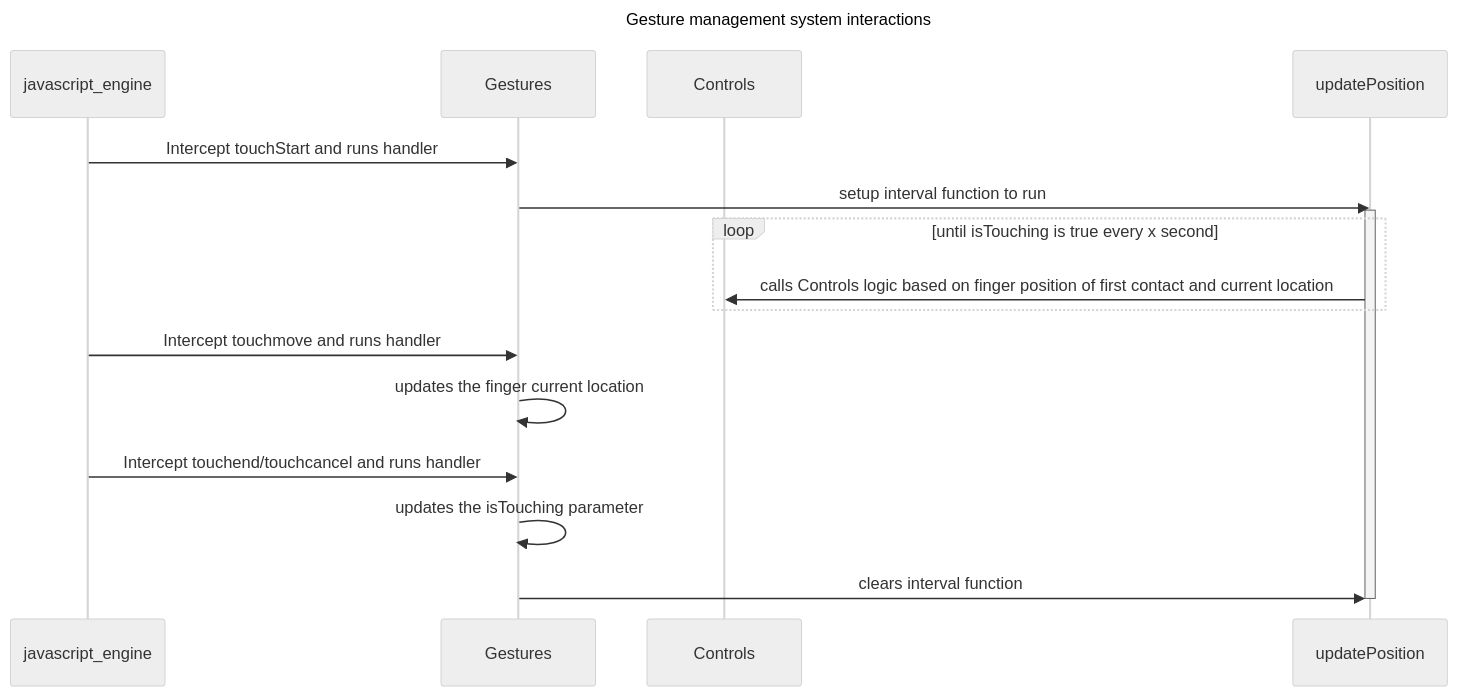
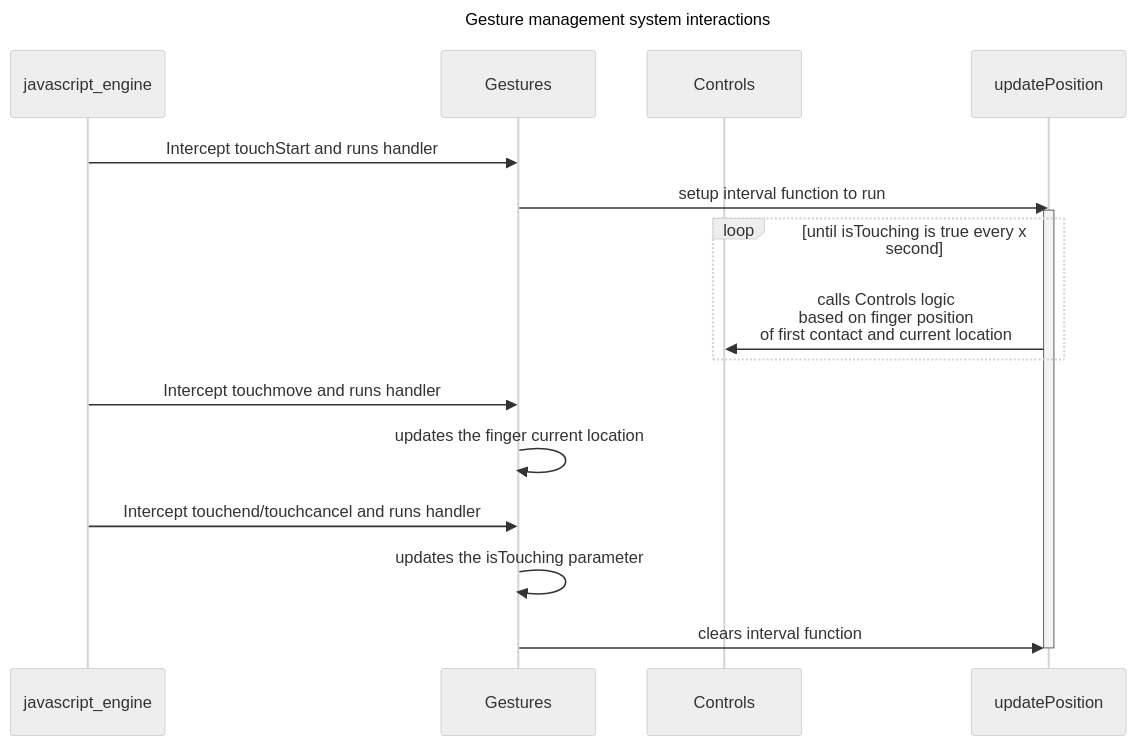
Before and after one commit to carnivuth/tatodrone: the second of 2 diagrams in report.md, drawn with Mermaid (neutral theme). The commit also changed other lines of this file, not shown here.

Commit message:
added line breaks in graph

````diff
--- a/report.md
+++ b/report.md
@@ -183,24 +183,24 @@
 ```mermaid
 ---
 title: Gesture management system interactions
 ---
 sequenceDiagram
 participant javascript_engine
 participant Gestures
 participant Controls
 participant updatePosition
 javascript_engine->>Gestures: Intercept touchStart and runs handler
 Gestures->>updatePosition: setup interval function to run
 activate updatePosition
 loop until isTouching is true every x second
-    updatePosition ->> Controls: calls Controls logic based on finger position of first contact and current location
+    updatePosition ->> Controls: calls Controls logic <br/>based on finger position <br/>of first contact and current location
 end
 
 javascript_engine->>Gestures: Intercept touchmove and runs handler
 Gestures ->> Gestures: updates the finger current location
 
 javascript_engine->>Gestures: Intercept touchend/touchcancel and runs handler
 Gestures ->> Gestures: updates the isTouching parameter
 Gestures ->> updatePosition: clears interval function
 deactivate updatePosition
 ```
````
